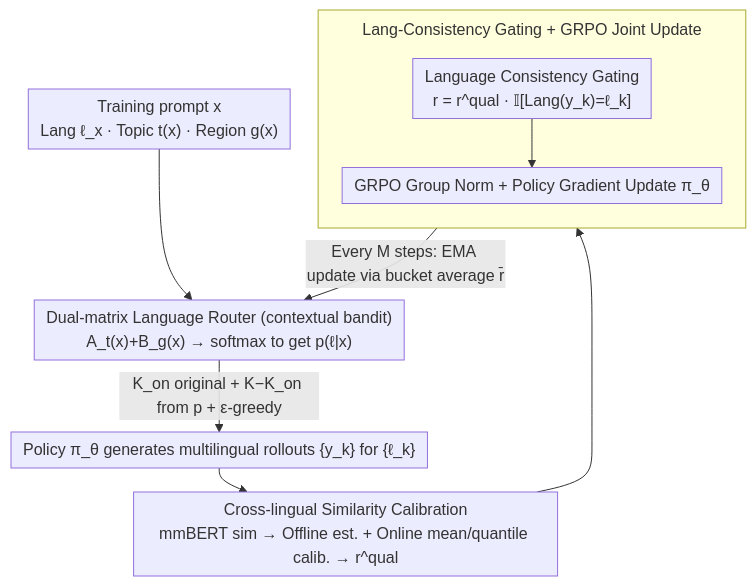
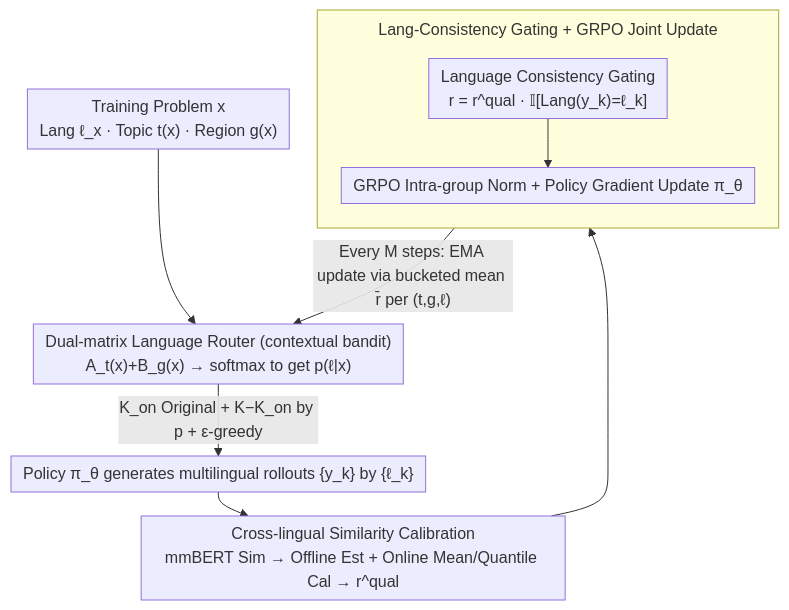
One commit to zhaoyang97/Paper-Notes-en changed the diagram in docs/ICML2026/reinforcement_learning/learning_to_route_languages_for_multilingual_policy_optimization.md. Above: the diagram before and after it, drawn with Mermaid. The commit also changed other lines of this file and 5084 other files, not shown here.

````diff
--- a/docs/ICML2026/reinforcement_learning/learning_to_route_languages_for_multilingual_policy_optimization.md
+++ b/docs/ICML2026/reinforcement_learning/learning_to_route_languages_for_multilingual_policy_optimization.md
@@ -47,13 +47,13 @@
 ```mermaid
 %%{init: {'flowchart': {'rankSpacing': 24, 'nodeSpacing': 28, 'padding': 6, 'wrappingWidth': 400, 'subGraphTitleMargin': {'top': 8, 'bottom': 16}}}}%%
 flowchart TD
-    X["Training prompt x<br/>Lang ℓ_x · Topic t(x) · Region g(x)"] --> R
-    R["Dual-matrix Language Router (contextual bandit)<br/>A_t(x)+B_g(x) → softmax to get p(ℓ|x)"] -->|"K_on original + K−K_on from p + ε-greedy"| ROLL
-    ROLL["Policy π_θ generates multilingual rollouts {y_k} for {ℓ_k}"] --> CAL
-    CAL["Cross-lingual Similarity Calibration<br/>mmBERT sim → Offline est. + Online mean/quantile calib. → r^qual"] --> GATE
+    X["Training Problem x<br/>Lang ℓ_x · Topic t(x) · Region g(x)"] --> R
+    R["Dual-matrix Language Router (contextual bandit)<br/>A_t(x)+B_g(x) → softmax to get p(ℓ|x)"] -->|"K_on Original + K−K_on by p + ε-greedy"| ROLL
+    ROLL["Policy π_θ generates multilingual rollouts {y_k} by {ℓ_k}"] --> CAL
+    CAL["Cross-lingual Similarity Calibration<br/>mmBERT Sim → Offline Est + Online Mean/Quantile Cal → r^qual"] --> GATE
     subgraph UP["Lang-Consistency Gating + GRPO Joint Update"]
         direction TB
-        GATE["Language Consistency Gating<br/>r = r^qual · 𝕀[Lang(y_k)=ℓ_k]"] --> GRPO["GRPO Group Norm + Policy Gradient Update π_θ"]
+        GATE["Language Consistency Gating<br/>r = r^qual · 𝕀[Lang(y_k)=ℓ_k]"] --> GRPO["GRPO Intra-group Norm + Policy Gradient Update π_θ"]
     end
-    GRPO -->|"Every M steps: EMA update via bucket average r̄"| R
+    GRPO -->|"Every M steps: EMA update via bucketed mean r̄ per (t,g,ℓ)"| R
 ```
````
